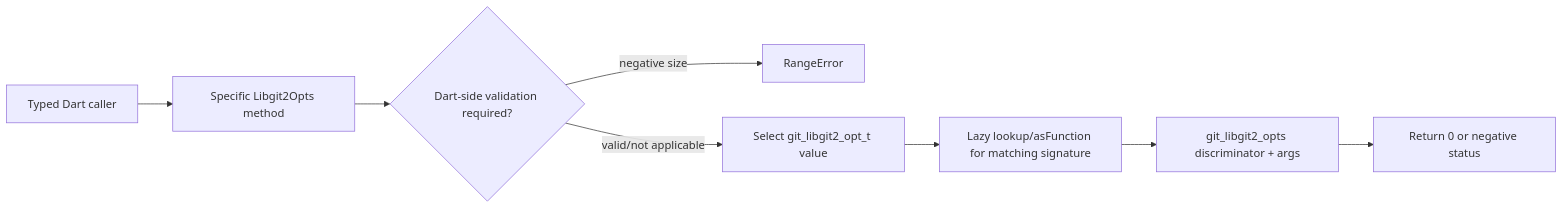
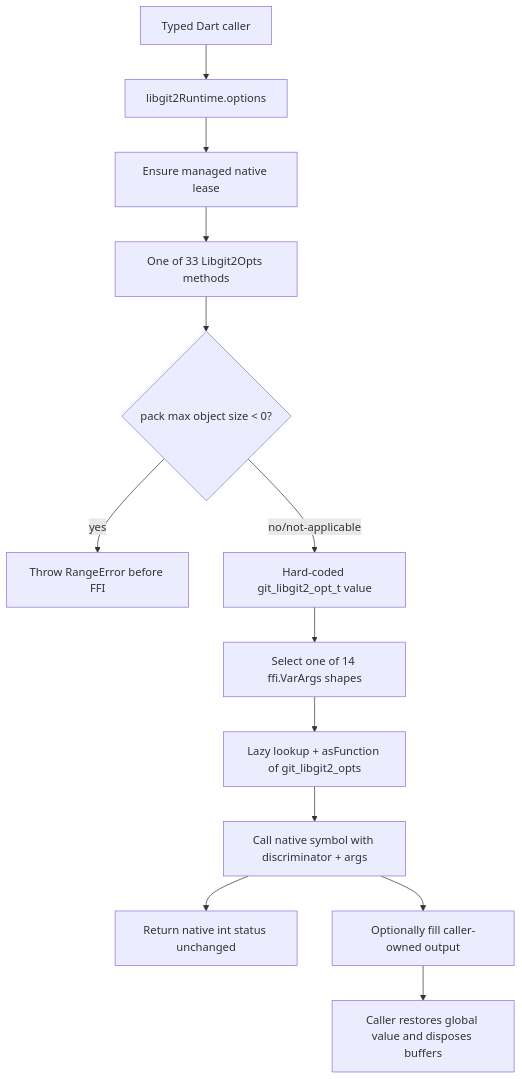
The diagram in .reversa/_reversa_sdd/flowcharts/libgit2-global-options.md (DartGit-dev/git2dart_binaries), drawn with Mermaid before and after one commit. The commit also changed other lines of this file and 250 other files, not shown here.

````diff
--- a/.reversa/_reversa_sdd/flowcharts/libgit2-global-options.md
+++ b/.reversa/_reversa_sdd/flowcharts/libgit2-global-options.md
@@ -3,10 +3,15 @@
 ```mermaid
-flowchart LR
-  Caller["Typed Dart caller"] --> Wrapper["Specific Libgit2Opts method"]
-  Wrapper --> Validate{"Dart-side validation required?"}
-  Validate -->|negative size| Range["RangeError"]
-  Validate -->|valid/not applicable| Discriminator["Select git_libgit2_opt_t value"]
-  Discriminator --> Lazy["Lazy lookup/asFunction for matching signature"]
-  Lazy --> Variadic["git_libgit2_opts discriminator + args"]
-  Variadic --> Status["Return 0 or negative status"]
+flowchart TD
+  Caller["Typed Dart caller"] --> Options["libgit2Runtime.options"]
+  Options --> Init["Ensure managed native lease"]
+  Init --> Wrapper["One of 33 Libgit2Opts methods"]
+  Wrapper --> Validate{"pack max object size < 0?"}
+  Validate -- yes --> Range["Throw RangeError before FFI"]
+  Validate -- no/not-applicable --> Discriminator["Hard-coded git_libgit2_opt_t value"]
+  Discriminator --> Shape["Select one of 14 ffi.VarArgs shapes"]
+  Shape --> Lazy["Lazy lookup + asFunction of git_libgit2_opts"]
+  Lazy --> Native["Call native symbol with discriminator + args"]
+  Native --> Status["Return native int status unchanged"]
+  Native --> Output["Optionally fill caller-owned output"]
+  Output --> Cleanup["Caller restores global value and disposes buffers"]
 ```
````
